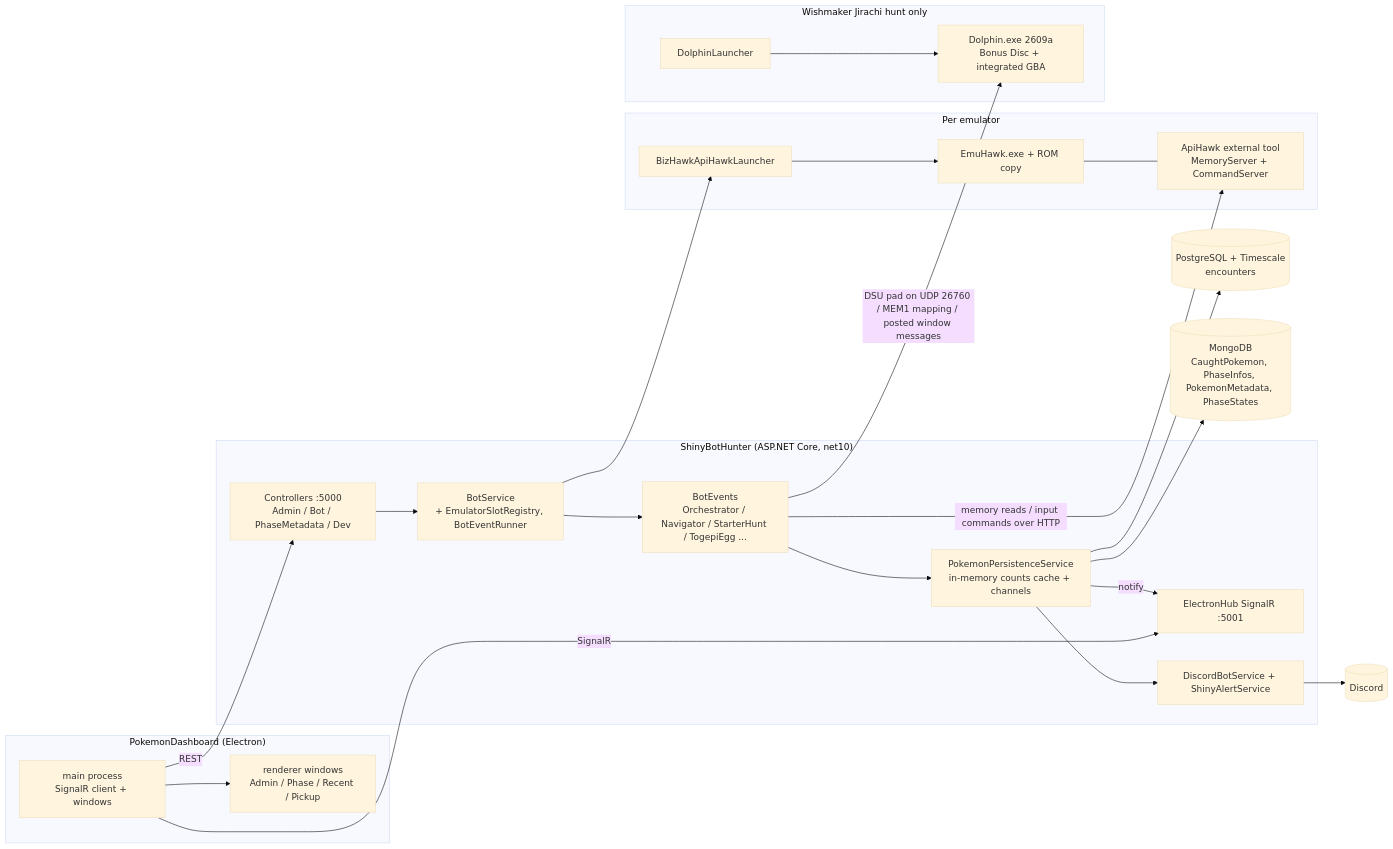
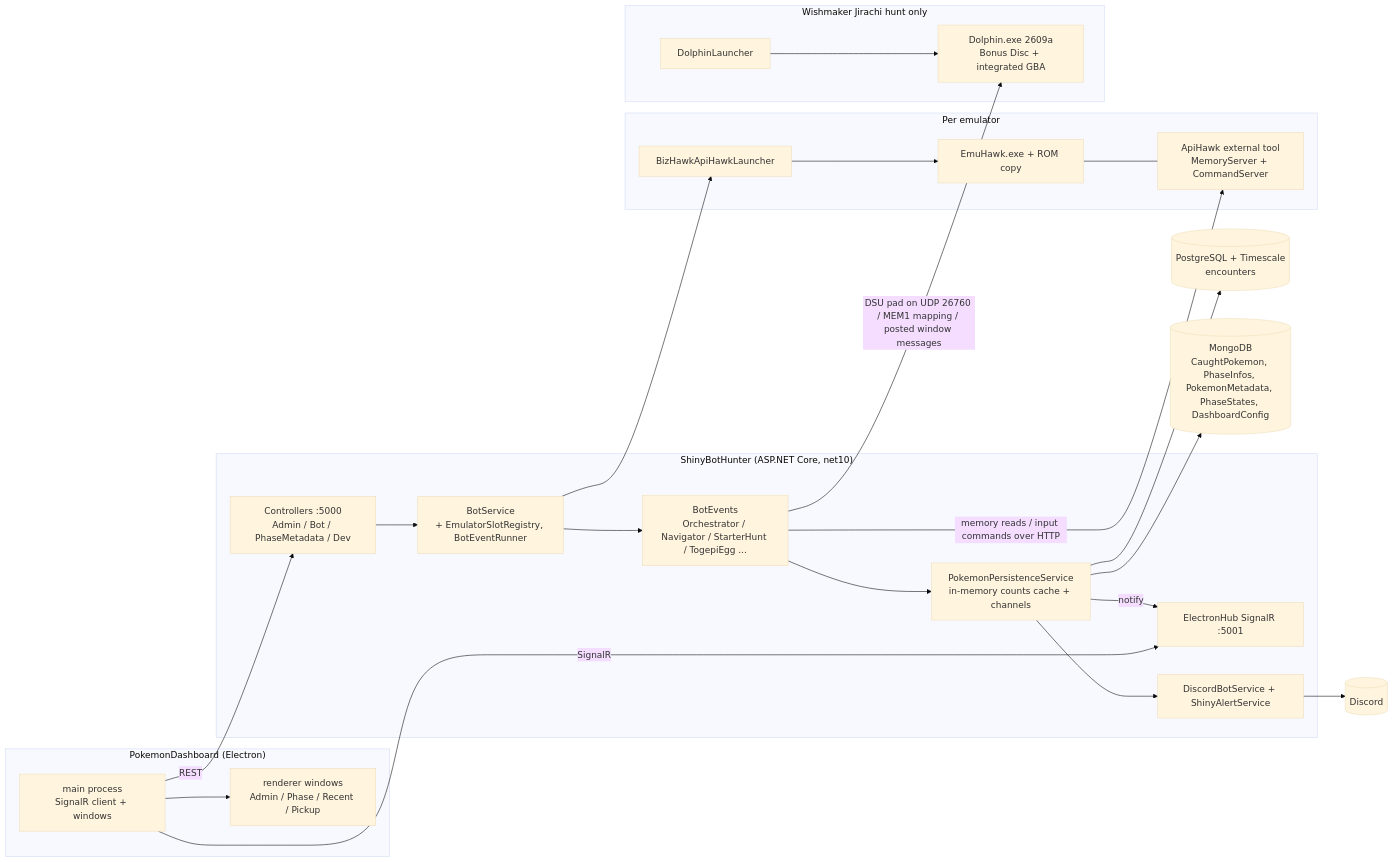
Before and after one commit to ppicinic/ShinyBotHunter: the first of 2 diagrams in docs/architecture/system-overview.md, drawn with Mermaid (base theme). The commit also changed other lines of this file and 2 other files, not shown here.

Commit message:
#315: A6: dashboard alive close-out: spec Implemented with what diverged and the QA evidence; architecture doc

````diff
--- a/docs/architecture/system-overview.md
+++ b/docs/architecture/system-overview.md
@@ -20,40 +20,40 @@
 ```mermaid
 flowchart LR
   subgraph Dashboard["PokemonDashboard (Electron)"]
     Main[main process<br/>SignalR client + windows] --> Renderer[renderer windows<br/>Admin / Phase / Recent / Pickup]
   end
 
   subgraph Backend["ShinyBotHunter (ASP.NET Core, net10)"]
     API[Controllers :5000<br/>Admin / Bot / PhaseMetadata / Dev]
     Hub[ElectronHub SignalR :5001]
     BotSvc[BotService<br/>+ EmulatorSlotRegistry, BotEventRunner]
     Events[BotEvents<br/>Orchestrator / Navigator / StarterHunt / TogepiEgg ...]
     Persist[PokemonPersistenceService<br/>in-memory counts cache + channels]
     Discord[DiscordBotService + ShinyAlertService]
   end
 
   subgraph Emu["Per emulator"]
     Launcher[BizHawkApiHawkLauncher] --> EmuHawk[EmuHawk.exe + ROM copy]
     EmuHawk --- ApiHawk[ApiHawk external tool<br/>MemoryServer + CommandServer]
   end
 
   subgraph Dol["Wishmaker Jirachi hunt only"]
     DolLauncher[DolphinLauncher] --> Dolphin[Dolphin.exe 2609a<br/>Bonus Disc + integrated GBA]
   end
 
   PG[(PostgreSQL + Timescale<br/>encounters)]
-  Mongo[(MongoDB<br/>CaughtPokemon, PhaseInfos, PokemonMetadata, PhaseStates)]
+  Mongo[(MongoDB<br/>CaughtPokemon, PhaseInfos, PokemonMetadata, PhaseStates, DashboardConfig)]
   DiscordAPI[(Discord)]
 
   Main -- REST --> API
   Main -- SignalR --> Hub
   API --> BotSvc --> Events
   Events -- memory reads / input commands over HTTP --> ApiHawk
   Events -- DSU pad on UDP 26760 / MEM1 mapping / posted window messages --> Dolphin
   BotSvc --> Launcher
   Events --> Persist
   Persist --> PG
   Persist --> Mongo
   Persist -- notify --> Hub
   Persist --> Discord --> DiscordAPI
 ```
````
